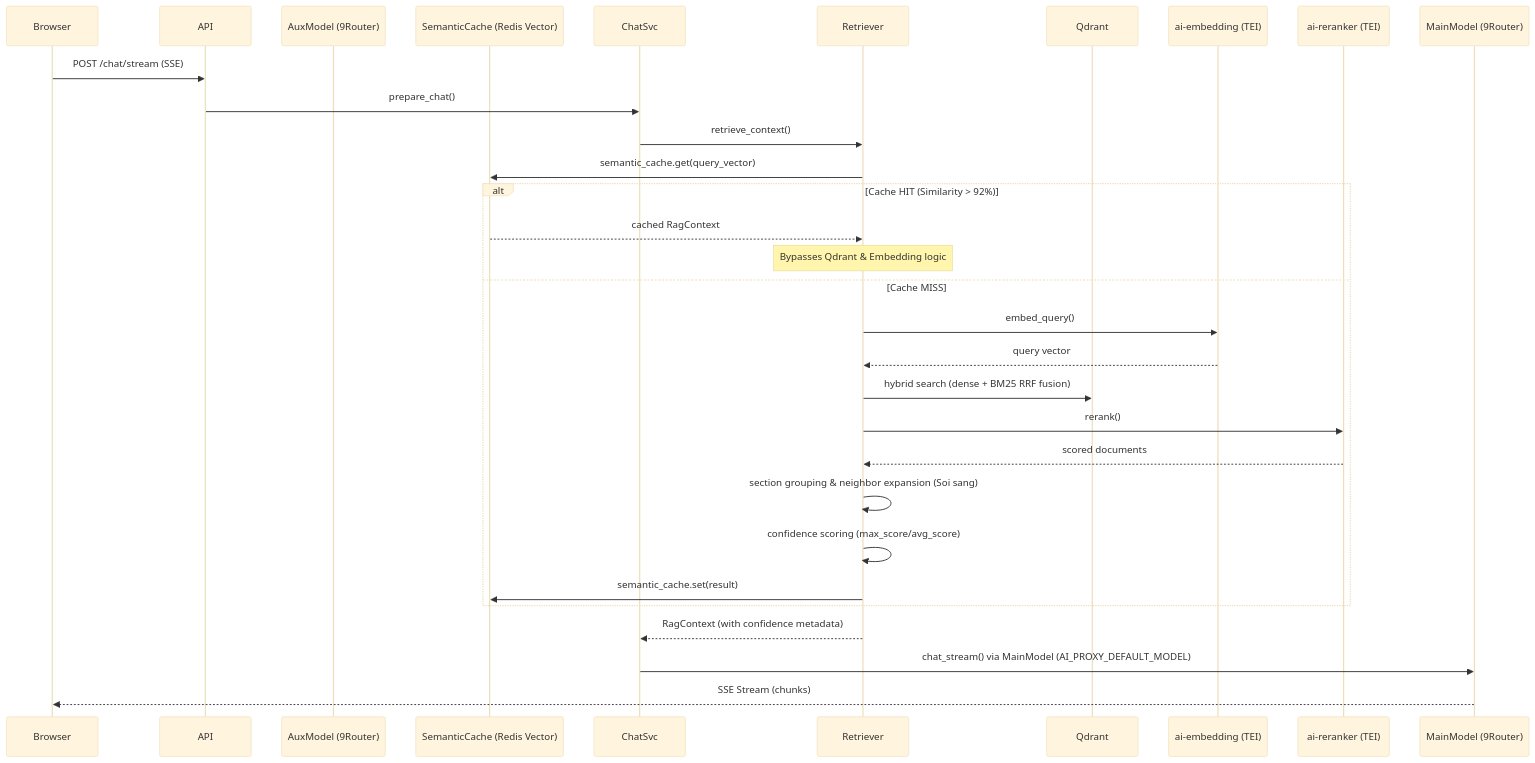
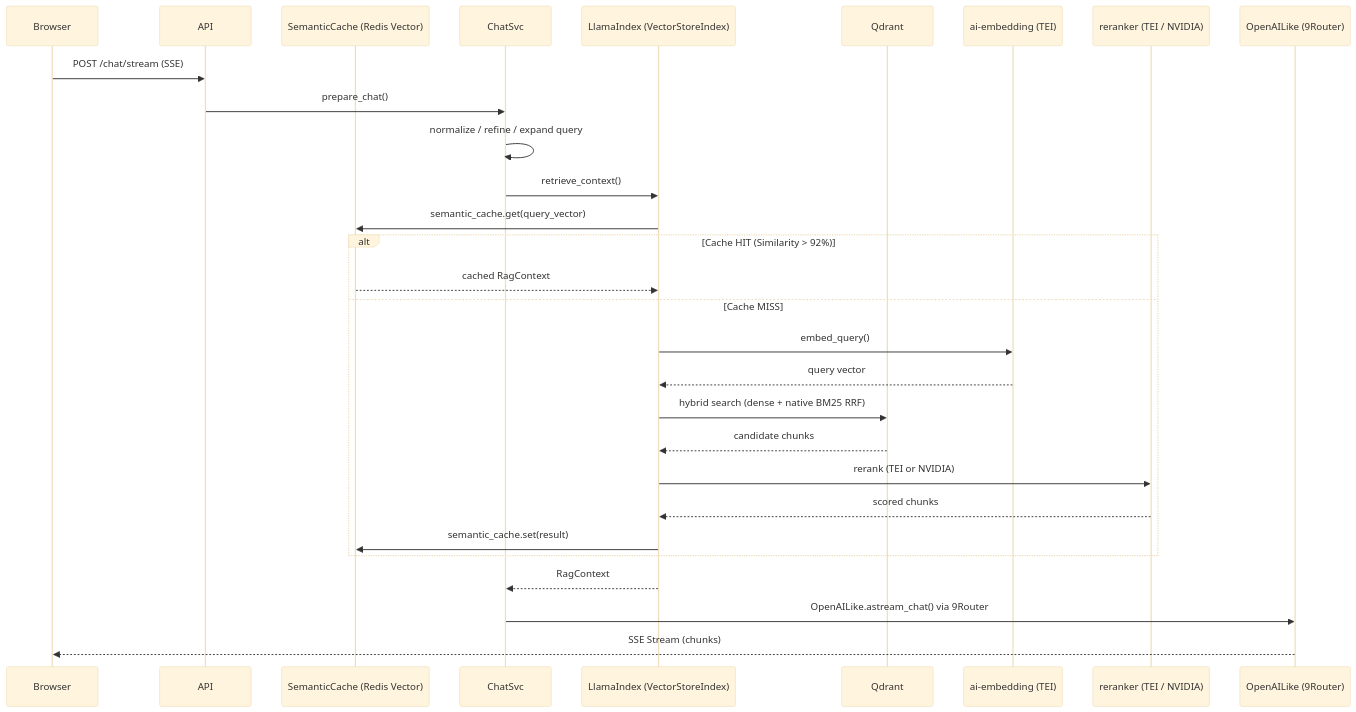
One commit to qtuanph/chatbot-rag changed the diagram in docs/2.2_WORKFLOWS_CHAT.md. Above: the diagram before and after it, drawn with Mermaid (base theme). The commit also changed other lines of this file and 104 other files, not shown here.

````diff
--- a/docs/2.2_WORKFLOWS_CHAT.md
+++ b/docs/2.2_WORKFLOWS_CHAT.md
@@ -5,36 +5,34 @@
 ```mermaid
 sequenceDiagram
     participant Browser
     participant API
-    participant Aux as AuxModel (9Router)
     participant Cache as SemanticCache (Redis Vector)
     participant ChatSvc
-    participant Retriever
+    participant Retriever as LlamaIndex (VectorStoreIndex)
     participant Qdrant
     participant AIEmbed as ai-embedding (TEI)
-    participant AIRerank as ai-reranker (TEI)
-    participant Bridge as MainModel (9Router)
+    participant AIRerank as reranker (TEI / NVIDIA)
+    participant LLM as OpenAILike (9Router)
 
     Browser->>API: POST /chat/stream (SSE)
     API->>ChatSvc: prepare_chat()
+    ChatSvc->>ChatSvc: normalize / refine / expand query
     ChatSvc->>Retriever: retrieve_context()
 
     Retriever->>Cache: semantic_cache.get(query_vector)
     alt Cache HIT (Similarity > 92%)
         Cache-->>Retriever: cached RagContext
-        Note over Retriever: Bypasses Qdrant & Embedding logic
     else Cache MISS
         Retriever->>AIEmbed: embed_query()
         AIEmbed-->>Retriever: query vector
-        Retriever->>Qdrant: hybrid search (dense + BM25 RRF fusion)
-        Retriever->>AIRerank: rerank()
-        AIRerank-->>Retriever: scored documents
-        Retriever->>Retriever: section grouping & neighbor expansion (Soi sang)
-        Retriever->>Retriever: confidence scoring (max_score/avg_score)
+        Retriever->>Qdrant: hybrid search (dense + native BM25 RRF)
+        Qdrant-->>Retriever: candidate chunks
+        Retriever->>AIRerank: rerank (TEI or NVIDIA)
+        AIRerank-->>Retriever: scored chunks
         Retriever->>Cache: semantic_cache.set(result)
     end
 
-    Retriever-->>ChatSvc: RagContext (with confidence metadata)
-    ChatSvc->>Bridge: chat_stream() via MainModel (AI_PROXY_DEFAULT_MODEL)
-    Bridge-->>Browser: SSE Stream (chunks)
+    Retriever-->>ChatSvc: RagContext
+    ChatSvc->>LLM: OpenAILike.astream_chat() via 9Router
+    LLM-->>Browser: SSE Stream (chunks)
 ```
````
